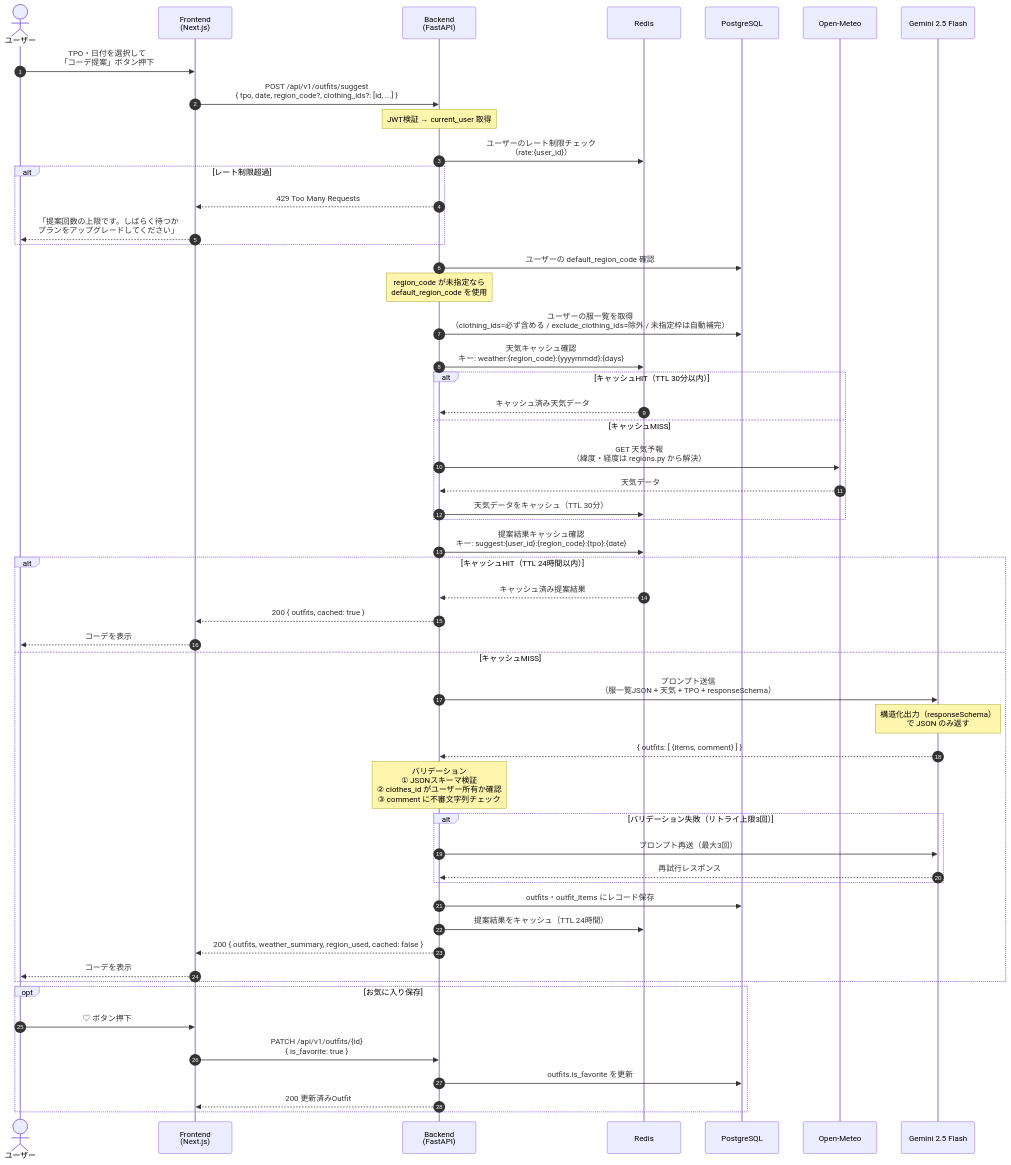
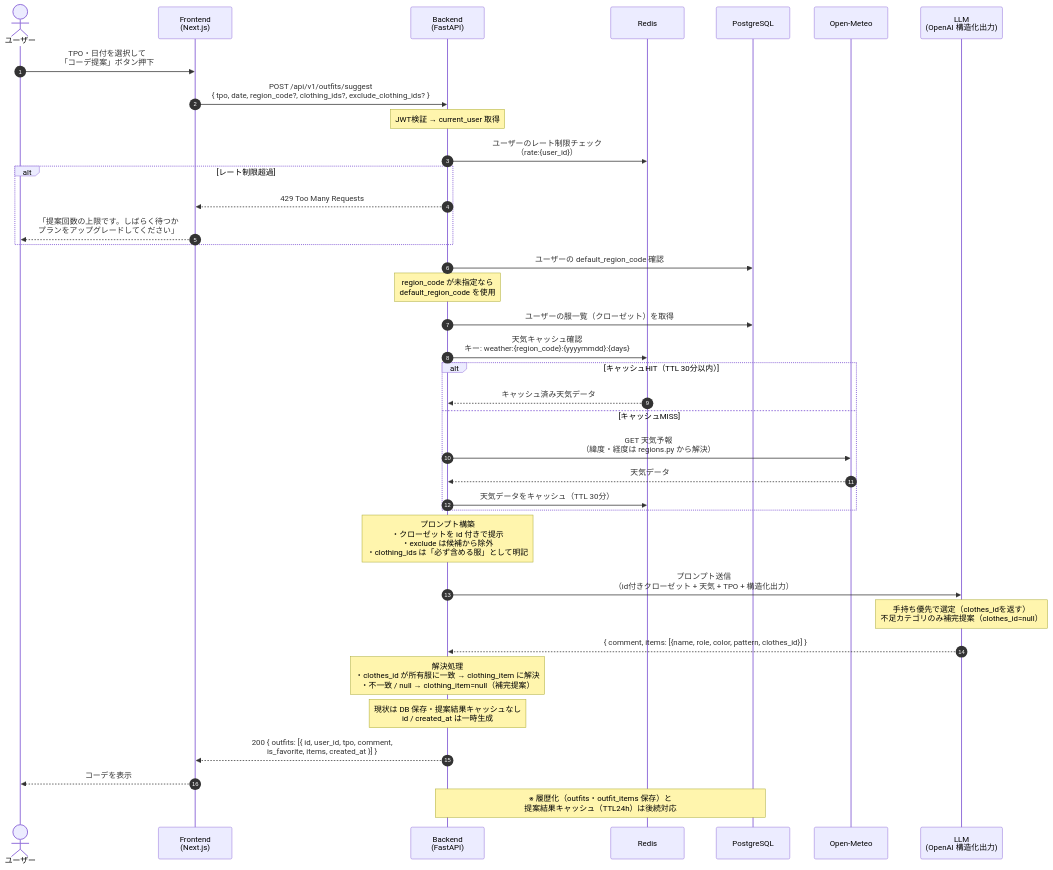
The first of 3 diagrams in docs/sequence-diagrams.md (ms-engineer-bc26-01/teamB_section_9), drawn with Mermaid before and after one commit. The commit also changed 8 other files, not shown here.

````diff
--- a/docs/sequence-diagrams.md
+++ b/docs/sequence-diagrams.md
@@ -5,66 +5,50 @@
 ```mermaid
 sequenceDiagram
     autonumber
     actor User as ユーザー
     participant FE as Frontend<br/>(Next.js)
     participant BE as Backend<br/>(FastAPI)
     participant Redis
     participant DB as PostgreSQL
     participant Weather as Open-Meteo
-    participant LLM as Gemini 2.5 Flash
+    participant LLM as LLM<br/>(OpenAI 構造化出力)
 
     User->>FE: TPO・日付を選択して<br/>「コーデ提案」ボタン押下
 
-    FE->>BE: POST /api/v1/outfits/suggest<br/>{ tpo, date, region_code?, clothing_ids?: [id, ...] }
+    FE->>BE: POST /api/v1/outfits/suggest<br/>{ tpo, date, region_code?, clothing_ids?, exclude_clothing_ids? }
     Note over BE: JWT検証 → current_user 取得
 
     BE->>Redis: ユーザーのレート制限チェック<br/>（rate:{user_id}）
     alt レート制限超過
         BE-->>FE: 429 Too Many Requests
         FE-->>User: 「提案回数の上限です。しばらく待つか<br/>プランをアップグレードしてください」
     end
 
     BE->>DB: ユーザーの default_region_code 確認
     Note over BE: region_code が未指定なら<br/>default_region_code を使用
 
-    BE->>DB: ユーザーの服一覧を取得<br/>（clothing_ids=必ず含める / exclude_clothing_ids=除外 / 未指定枠は自動補完）
+    BE->>DB: ユーザーの服一覧（クローゼット）を取得
 
     BE->>Redis: 天気キャッシュ確認<br/>キー: weather:{region_code}:{yyyymmdd}:{days}
     alt キャッシュHIT（TTL 30分以内）
         Redis-->>BE: キャッシュ済み天気データ
     else キャッシュMISS
         BE->>Weather: GET 天気予報<br/>（緯度・経度は regions.py から解決）
         Weather-->>BE: 天気データ
         BE->>Redis: 天気データをキャッシュ（TTL 30分）
     end
 
-    BE->>Redis: 提案結果キャッシュ確認<br/>キー: suggest:{user_id}:{region_code}:{tpo}:{date}
-    alt キャッシュHIT（TTL 24時間以内）
-        Redis-->>BE: キャッシュ済み提案結果
-        BE-->>FE: 200 { outfits, cached: true }
-        FE-->>User: コーデを表示
-    else キャッシュMISS
-        BE->>LLM: プロンプト送信<br/>（服一覧JSON + 天気 + TPO + responseSchema）
-        Note over LLM: 構造化出力（responseSchema）<br/>で JSON のみ返す
-        LLM-->>BE: { outfits: [ {items, comment} ] }
+    Note over BE: プロンプト構築<br/>・クローゼットを id 付きで提示<br/>・exclude は候補から除外<br/>・clothing_ids は「必ず含める服」として明記
 
-        Note over BE: バリデーション<br/>① JSONスキーマ検証<br/>② clothes_id がユーザー所有か確認<br/>③ comment に不審文字列チェック
+    BE->>LLM: プロンプト送信<br/>（id付きクローゼット + 天気 + TPO + 構造化出力）
+    Note over LLM: 手持ち優先で選定（clothes_idを返す）<br/>不足カテゴリのみ補完提案（clothes_id=null）
+    LLM-->>BE: { comment, items: [{name, role, color, pattern, clothes_id}] }
 
-        alt バリデーション失敗（リトライ上限3回）
-            BE->>LLM: プロンプト再送（最大3回）
-            LLM-->>BE: 再試行レスポンス
-        end
+    Note over BE: 解決処理<br/>・clothes_id が所有服に一致 → clothing_item に解決<br/>・不一致 / null → clothing_item=null（補完提案）
 
-        BE->>DB: outfits・outfit_items にレコード保存
-        BE->>Redis: 提案結果をキャッシュ（TTL 24時間）
-        BE-->>FE: 200 { outfits, weather_summary, region_used, cached: false }
-        FE-->>User: コーデを表示
-    end
+    Note over BE: 現状は DB 保存・提案結果キャッシュなし<br/>id / created_at は一時生成
+    BE-->>FE: 200 { outfits: [{ id, user_id, tpo, comment,<br/>is_favorite, items, created_at }] }
+    FE-->>User: コーデを表示
 
-    opt お気に入り保存
-        User->>FE: ♡ ボタン押下
-        FE->>BE: PATCH /api/v1/outfits/{id}<br/>{ is_favorite: true }
-        BE->>DB: outfits.is_favorite を更新
-        BE-->>FE: 200 更新済みOutfit
-    end
+    Note over BE,DB: ※ 履歴化（outfits・outfit_items 保存）と<br/>提案結果キャッシュ（TTL24h）は後続対応
 ```
````
